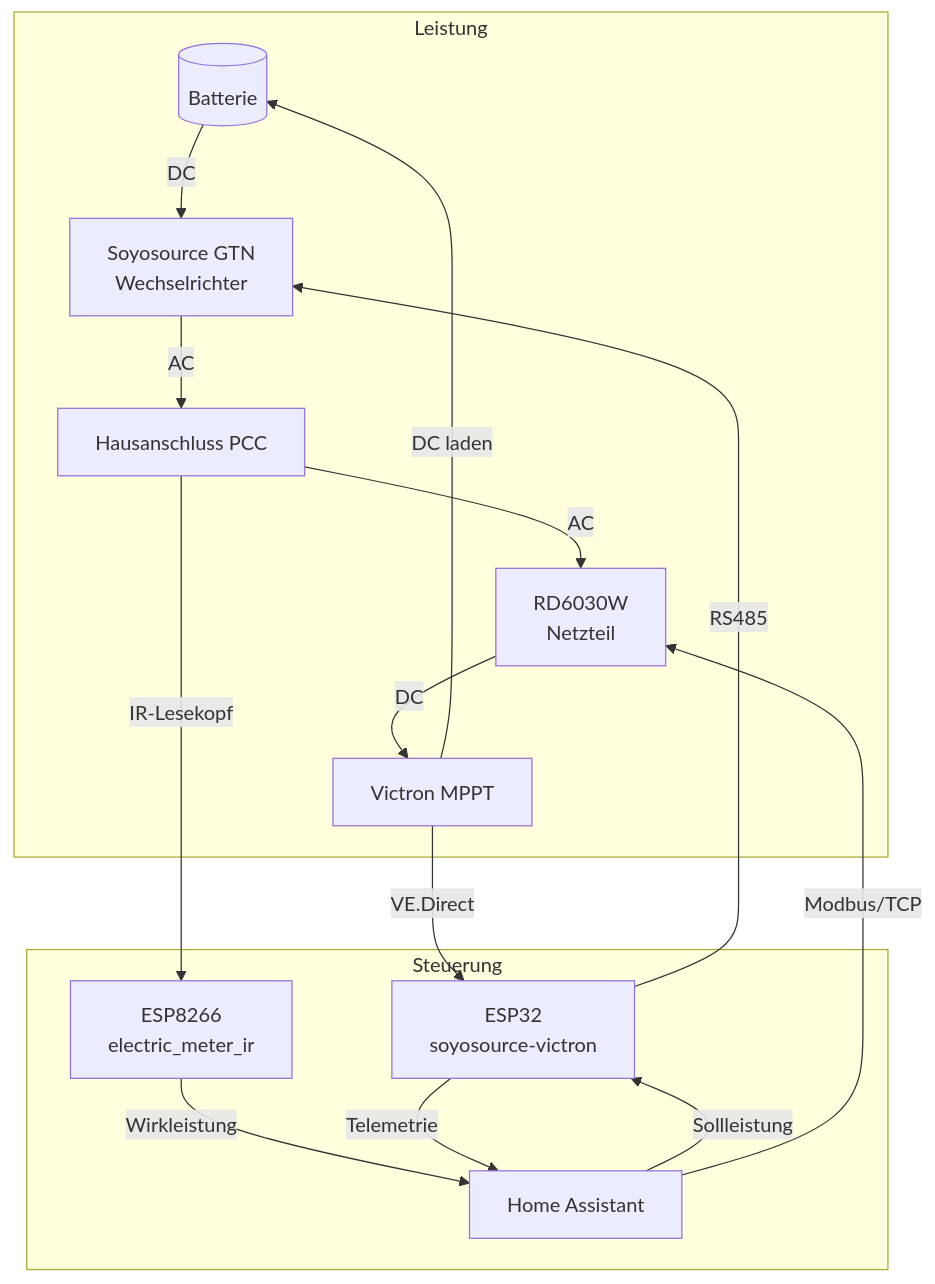
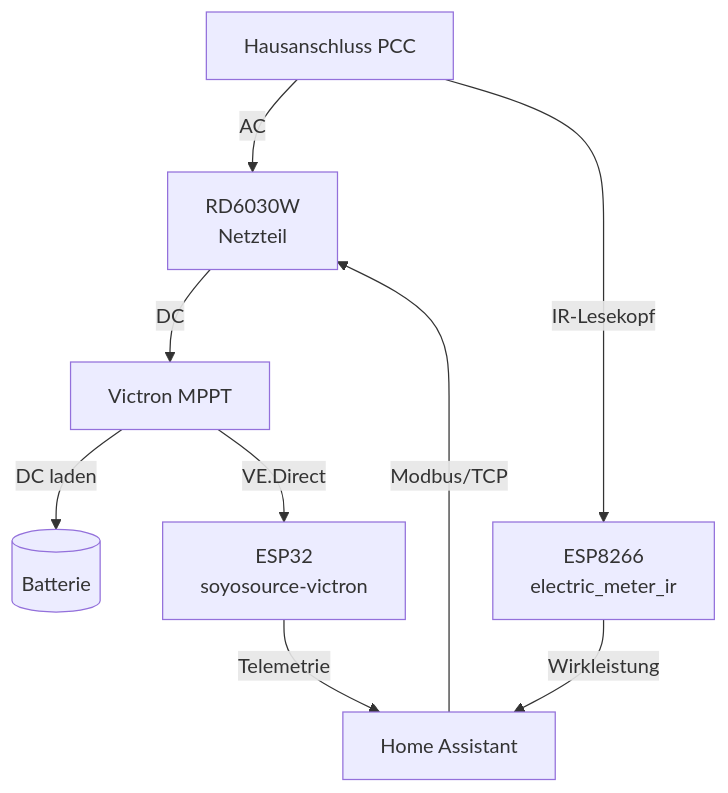
One commit to simonsilie/home-automation changed the second of 2 diagrams in README.md. Above: the diagram before and after it, drawn with Mermaid. The commit also changed other lines of this file and 1 other file, not shown here.

Commit message:
feat: reorganize README and update flowcharts for energy control systems

````diff
--- a/README.md
+++ b/README.md
@@ -15,22 +27,11 @@
 ```mermaid
 flowchart TD
-    Batterie[(Batterie)]
-
-    subgraph Leistung
-        Batterie -->|DC| Soyosource[Soyosource GTN\nWechselrichter]
-        Soyosource -->|AC| PCC[Hausanschluss PCC]
-        PCC -->|AC| RD6030W[RD6030W\nNetzteil]
-        RD6030W -->|DC| MPPT[Victron MPPT]
-        MPPT -->|DC laden| Batterie
-    end
-
-    subgraph Steuerung
-        PCC -->|IR-Lesekopf| ESP8266[ESP8266\nelectric_meter_ir]
-        ESP8266 -->|Wirkleistung| HA[Home Assistant]
-        HA -->|Sollleistung| ESP32[ESP32\nsoyosource-victron]
-        HA -->|Modbus/TCP| RD6030W
-        ESP32 -->|RS485| Soyosource
-        MPPT -->|VE.Direct| ESP32
-        ESP32 -->|Telemetrie| HA
-    end
+    PCC[Hausanschluss PCC] -->|AC| RD6030W[RD6030W\nNetzteil]
+    RD6030W -->|DC| MPPT[Victron MPPT]
+    MPPT -->|DC laden| Batterie[(Batterie)]
+    PCC -->|IR-Lesekopf| ESP8266[ESP8266\nelectric_meter_ir]
+    ESP8266 -->|Wirkleistung| HA[Home Assistant]
+    HA -->|Modbus/TCP| RD6030W
+    MPPT -->|VE.Direct| ESP32[ESP32\nsoyosource-victron]
+    ESP32 -->|Telemetrie| HA
 ```
````
